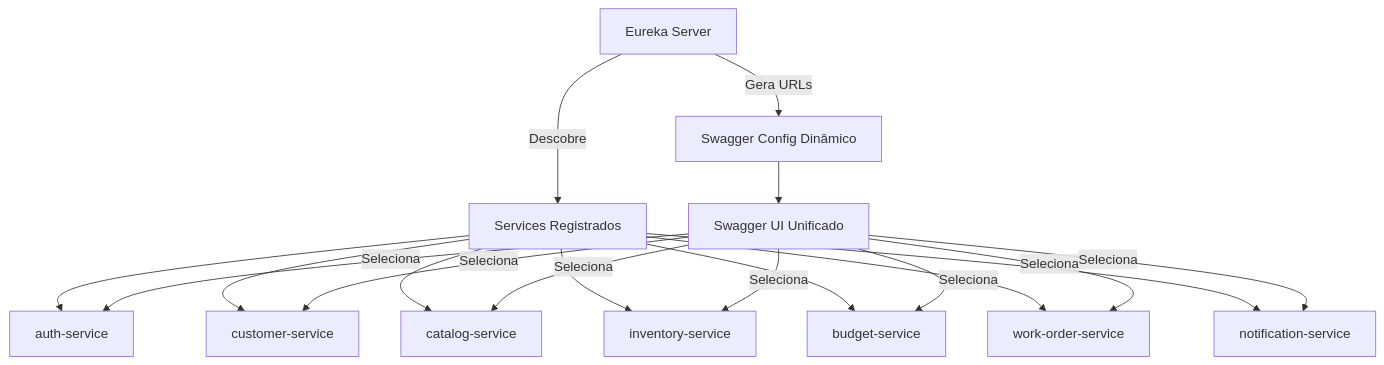
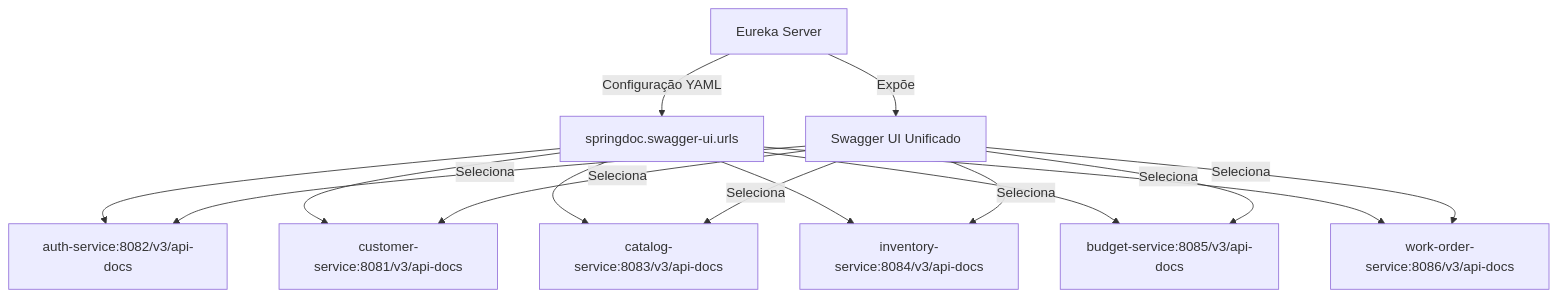
Before and after one commit to fiap-soat-grupo36/oficina-microservices: the diagram in docs/SWAGGER-AGGREGATION.md, drawn with Mermaid. The commit also changed other lines of this file and 16 other files, not shown here.

````diff
--- a/docs/SWAGGER-AGGREGATION.md
+++ b/docs/SWAGGER-AGGREGATION.md
@@ -9,22 +9,19 @@
 ```mermaid
 graph TD
-    A[Eureka Server] -->|Descobre| B[Services Registrados]
-    B --> C[auth-service]
-    B --> D[customer-service]
-    B --> E[catalog-service]
-    B --> F[inventory-service]
-    B --> G[budget-service]
-    B --> H[work-order-service]
-    B --> I[notification-service]
+    A[Eureka Server] -->|Configuração YAML| B[springdoc.swagger-ui.urls]
+    B --> C[auth-service:8082/v3/api-docs]
+    B --> D[customer-service:8081/v3/api-docs]
+    B --> E[catalog-service:8083/v3/api-docs]
+    B --> F[inventory-service:8084/v3/api-docs]
+    B --> G[budget-service:8085/v3/api-docs]
+    B --> H[work-order-service:8086/v3/api-docs]
 
-    A -->|Gera URLs| J[Swagger Config Dinâmico]
-    J --> K[Swagger UI Unificado]
+    A -->|Expõe| J[Swagger UI Unificado]
 
-    K -->|Seleciona| C
-    K -->|Seleciona| D
-    K -->|Seleciona| E
-    K -->|Seleciona| F
-    K -->|Seleciona| G
-    K -->|Seleciona| H
-    K -->|Seleciona| I
+    J -->|Seleciona| C
+    J -->|Seleciona| D
+    J -->|Seleciona| E
+    J -->|Seleciona| F
+    J -->|Seleciona| G
+    J -->|Seleciona| H
 ```
````
